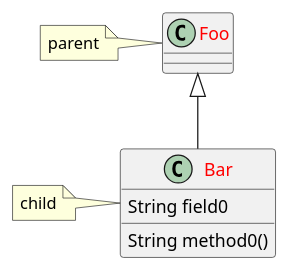
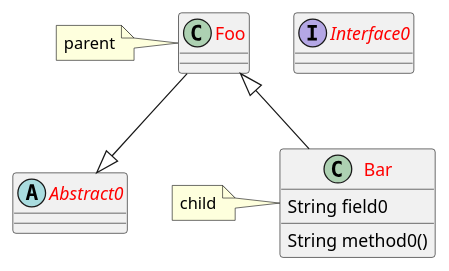
Before and after one commit to wiloon/blog: the third of 7 diagrams in content/post/archive-3/2020-01-26-plantuml-puml-vs-code.md, drawn with PlantUML. The commit also changed 9 other files, not shown here.

````diff
--- a/content/post/archive-3/2020-01-26-plantuml-puml-vs-code.md
+++ b/content/post/archive-3/2020-01-26-plantuml-puml-vs-code.md
@@ -50,15 +50,21 @@
 ```puml
 @startuml
 skinparam classFontColor red
 
 class Foo
 note left: parent
 
 class Bar
 Bar : String field0
 Bar : String method0()
 
 Foo<|--Bar
 note left: child
+
+abstract class Abstract0
+Foo--|>Abstract0
+
+interface Interface0
+
 @enduml
 ```
````
